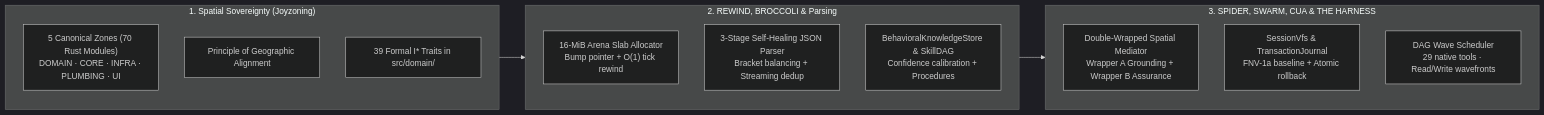
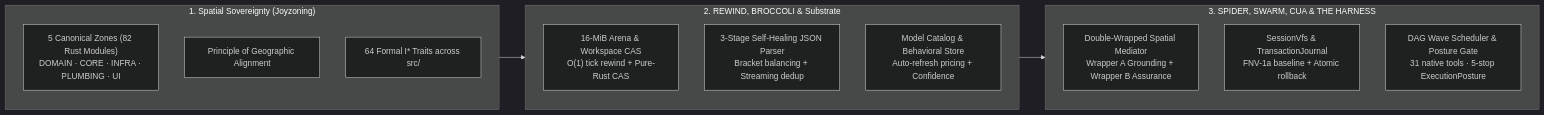
One commit to CardSorting/HEAV3NS-MICRO changed the diagram in docs/wiki/README.md. Above: the diagram before and after it, drawn with Mermaid (dark theme). The commit also changed 48 other files, not shown here.

Commit message:
feat(catalog,docs): auto-refreshing 2026 frontier model catalog, dynamic pricing registry, ADR-0015 & comprehensive documentation update

````diff
--- a/docs/wiki/README.md
+++ b/docs/wiki/README.md
@@ -22,22 +22,22 @@
 ```mermaid
 flowchart LR
   subgraph S1 ["1. Spatial Sovereignty (Joyzoning)"]
-    Z["5 Canonical Zones (70 Rust Modules)<br/>DOMAIN · CORE · INFRA · PLUMBING · UI"]
+    Z["5 Canonical Zones (82 Rust Modules)<br/>DOMAIN · CORE · INFRA · PLUMBING · UI"]
     P["Principle of Geographic Alignment"]
-    C["39 Formal I* Traits in src/domain/"]
+    C["64 Formal I* Traits across src/"]
   end
 
-  subgraph S2 ["2. REWIND, BROCCOLI & Parsing"]
-    A["16-MiB Arena Slab Allocator<br/>Bump pointer + O(1) tick rewind"]
+  subgraph S2 ["2. REWIND, BROCCOLI & Substrate"]
+    A["16-MiB Arena & Workspace CAS<br/>O(1) tick rewind + Pure-Rust CAS"]
     J["3-Stage Self-Healing JSON Parser<br/>Bracket balancing + Streaming dedup"]
-    B["BehavioralKnowledgeStore & SkillDAG<br/>Confidence calibration + Procedures"]
+    B["Model Catalog & Behavioral Store<br/>Auto-refresh pricing + Confidence"]
   end
 
   subgraph S3 ["3. SPIDER, SWARM, CUA & THE HARNESS"]
     M["Double-Wrapped Spatial Mediator<br/>Wrapper A Grounding + Wrapper B Assurance"]
     V["SessionVfs & TransactionJournal<br/>FNV-1a baseline + Atomic rollback"]
-    W["DAG Wave Scheduler<br/>29 native tools · Read/Write wavefronts"]
+    W["DAG Wave Scheduler & Posture Gate<br/>31 native tools · 5-stop ExecutionPosture"]
   end
 
   S1 --> S2 --> S3
 ```
````
